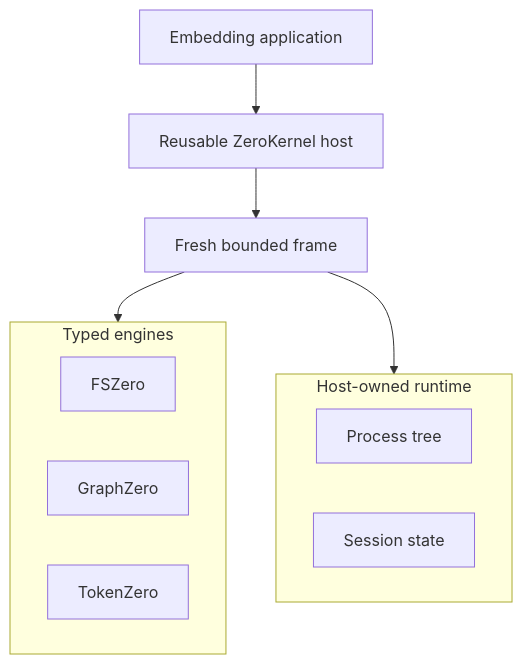
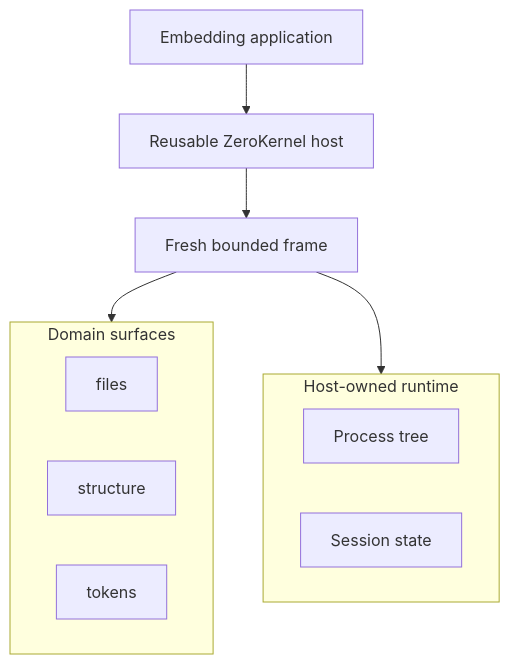
The first of 2 diagrams in README.md (AdityaVG13/zerostack), drawn with Mermaid before and after one commit. The commit also changed other lines of this file and 1268 other files, not shown here.

First line of the commit message:
refactor: retire engine product surfaces behind ZeroKernel

````diff
--- a/README.md
+++ b/README.md
@@ -40,18 +40,18 @@
 ```mermaid
 flowchart TB
   App[Embedding application] --> Host[Reusable ZeroKernel host]
   Host --> Frame[Fresh bounded frame]
-  subgraph engines [Typed engines]
+  subgraph engines [Domain surfaces]
     direction LR
-    FS[FSZero]
-    GZ[GraphZero]
-    TZ[TokenZero]
+    FS[files]
+    GZ[structure]
+    TZ[tokens]
   end
   subgraph runtime [Host-owned runtime]
     direction LR
     Proc[Process tree]
     State[Session state]
   end
   Frame --> engines
   Frame --> runtime
 ```
````
